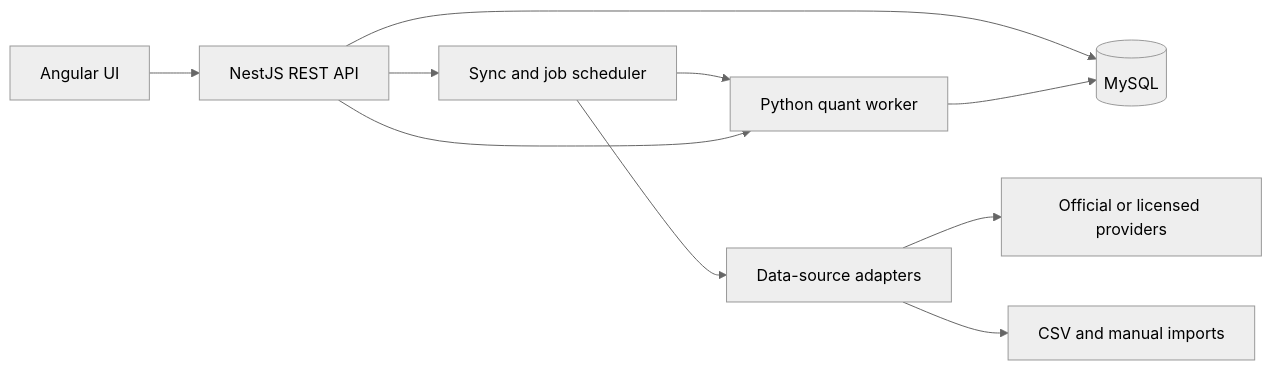
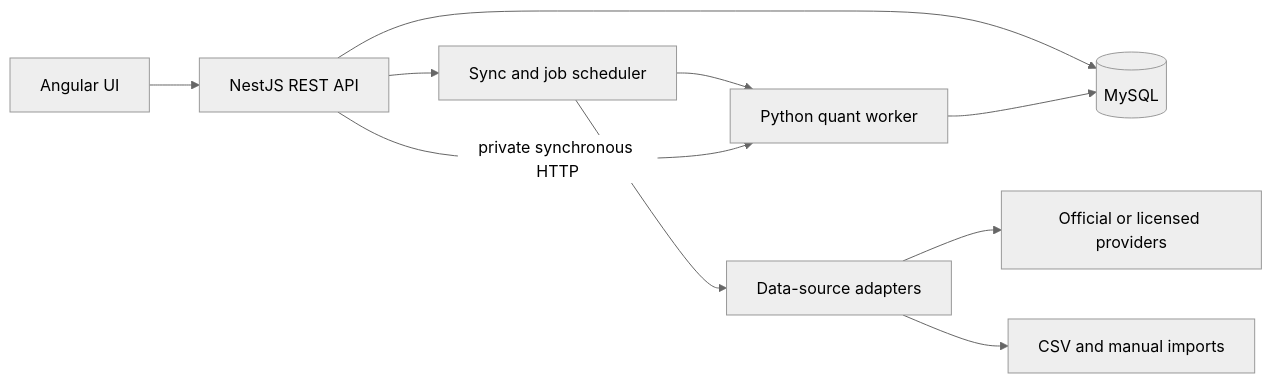
The diagram in docs/01-architecture.md (surenderrawat1/poc-stock-market), drawn with Mermaid (neutral theme) before and after one commit. The commit also changed other lines of this file and 21 other files, not shown here.

````diff
--- a/docs/01-architecture.md
+++ b/docs/01-architecture.md
@@ -18,12 +18,12 @@
 ```mermaid
 flowchart LR
     UI[Angular UI] --> API[NestJS REST API]
     API --> DB[(MySQL)]
     API --> JOBS[Sync and job scheduler]
     JOBS --> ADAPTERS[Data-source adapters]
     ADAPTERS --> NATIVE[Official or licensed providers]
     ADAPTERS --> IMPORT[CSV and manual imports]
     JOBS --> PY[Python quant worker]
     PY --> DB
-    API --> PY
+    API -->|private synchronous HTTP| PY
 ```
````
